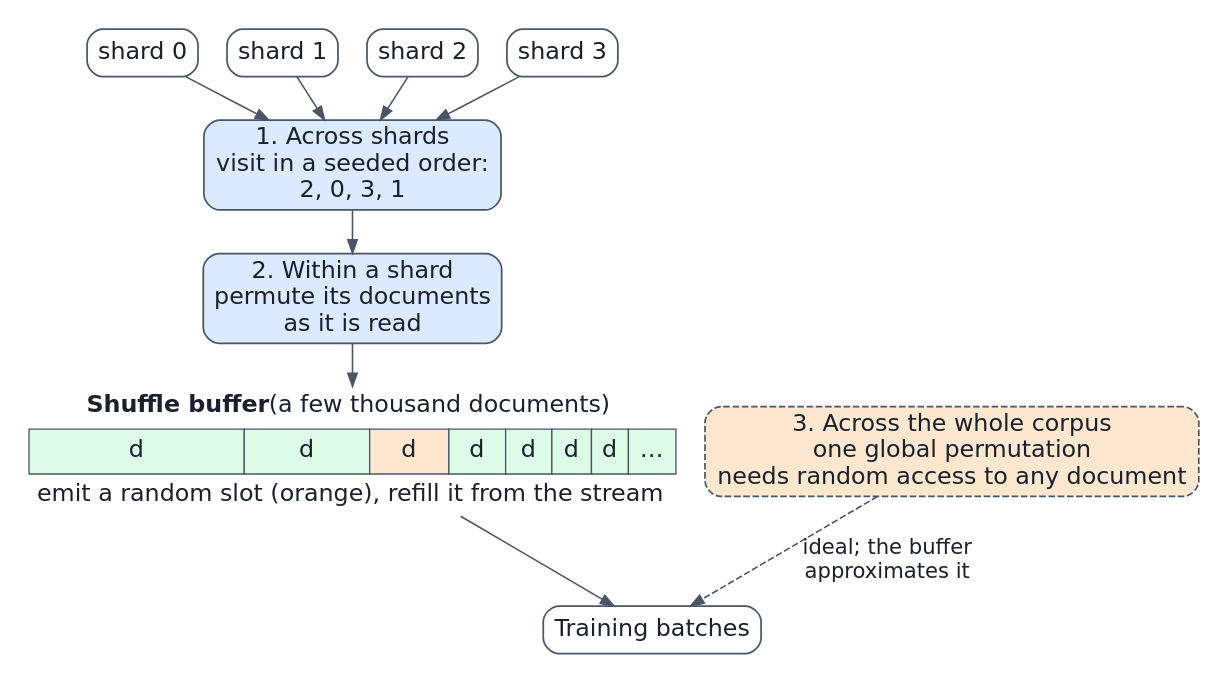
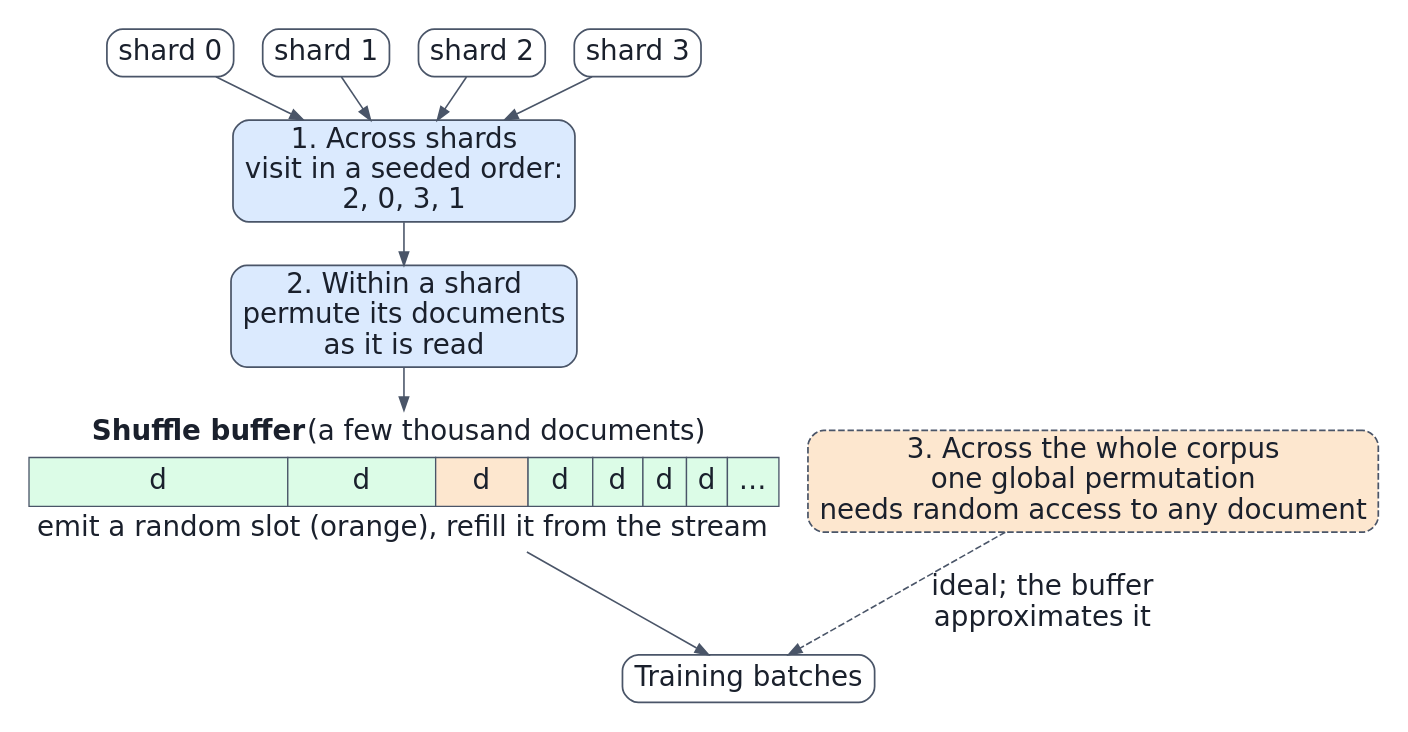
The diagram in chapters/05-dataset-management/figures/shuffle.dot (Beaker12/llmatlas), drawn with Graphviz before and after one commit. The commit also changed 15 other files, not shown here.

First line of the commit message:
Chapter 5: plain lines in the ranks result box and even figure text sizes

```diff
--- a/chapters/05-dataset-management/figures/shuffle.dot
+++ b/chapters/05-dataset-management/figures/shuffle.dot
@@ -1,17 +1,17 @@
 digraph shuffle {
-  graph [fontname="DejaVu Sans", fontsize=20, nodesep=0.3, ranksep=0.45, pad=0.2];
-  node [fontname="DejaVu Sans", fontsize=18, fontcolor="#1a202c", shape=box, style="rounded,filled", fillcolor="#ffffff", color="#4a5568", penwidth=1.3]; edge [fontname="DejaVu Sans", fontsize=16, fontcolor="#1a202c", color="#4a5568", penwidth=1.2];
-  subgraph cluster_storage { label="object storage"; style="rounded,filled"; fillcolor="#edf2f7"; color="#4a5568"; fontsize=18;
+  graph [fontname="DejaVu Sans", fontsize=23, nodesep=0.3, ranksep=0.45, pad=0.2];
+  node [fontname="DejaVu Sans", fontsize=21, fontcolor="#1a202c", shape=box, style="rounded,filled", fillcolor="#ffffff", color="#4a5568", penwidth=1.3]; edge [fontname="DejaVu Sans", fontsize=21, fontcolor="#1a202c", color="#4a5568", penwidth=1.2];
+  subgraph cluster_storage { label="object storage"; style="rounded,filled"; fillcolor="#edf2f7"; color="#4a5568"; fontsize=21;
     s0 [label="shard 0"]; s1 [label="shard 1"]; s2 [label="shard 2"]; s3 [label="shard 3"];
   }
   order [label="1. Across shards\nvisit in a seeded order:\n2, 0, 3, 1", fillcolor="#dbeafe"];
   within [label="2. Within a shard\npermute its documents\nas it is read", fillcolor="#dbeafe"];
   buffer [shape=plain, style="", label=<<TABLE BORDER="0" CELLBORDER="1" CELLSPACING="0" CELLPADDING="6" COLOR="#4a5568"><TR><TD COLSPAN="8" BORDER="0"><B>Shuffle buffer</B> (a few thousand documents)</TD></TR><TR><TD BGCOLOR="#dcfce7">d</TD><TD BGCOLOR="#dcfce7">d</TD><TD BGCOLOR="#fde7cf">d</TD><TD BGCOLOR="#dcfce7">d</TD><TD BGCOLOR="#dcfce7">d</TD><TD BGCOLOR="#dcfce7">d</TD><TD BGCOLOR="#dcfce7">d</TD><TD BGCOLOR="#dcfce7">…</TD></TR><TR><TD COLSPAN="8" BORDER="0">emit a random slot (orange), refill it from the stream</TD></TR></TABLE>>];
   batch [label="Training batches"];
   global [label="3. Across the whole corpus\none global permutation\nneeds random access to any document", fillcolor="#fde7cf", style="rounded,filled,dashed"];
   s2 -> order; s0 -> order; s3 -> order; s1 -> order;
   order -> within -> buffer -> batch;
   global -> batch [style=dashed, label="ideal; the buffer\napproximates it"];
   {rank=same; buffer; global}
   {rank=same; s0; s1; s2; s3}
 }
```
